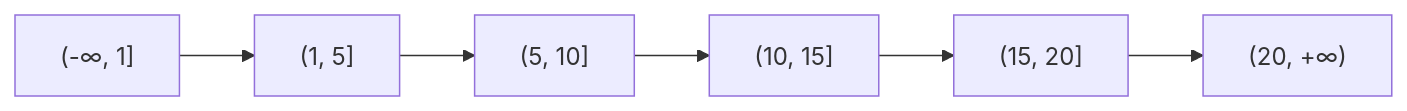
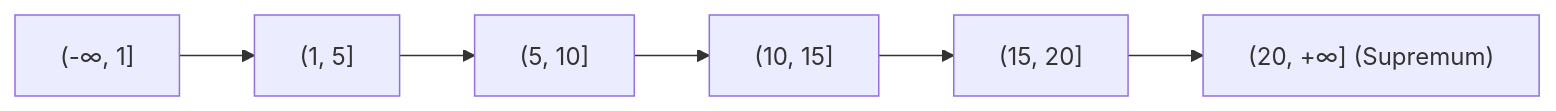
One commit to GuoWWWX/knowledge-base changed the fourth of 5 diagrams in 20-Java后端/05-数据库与存储/03-MySQL锁机制.md. Above: the diagram before and after it, drawn with Mermaid. The commit also changed other lines of this file and 251 other files, not shown here.

````diff
--- a/20-Java后端/05-数据库与存储/03-MySQL锁机制.md
+++ b/20-Java后端/05-数据库与存储/03-MySQL锁机制.md
@@ -104,4 +122,4 @@
 ```mermaid
 flowchart LR
-    P0["(-∞, 1]"] --> P1["(1, 5]"] --> P2["(5, 10]"] --> P3["(10, 15]"] --> P4["(15, 20]"] --> P5["(20, +∞)"]
+    P0["(-∞, 1]"] --> P1["(1, 5]"] --> P2["(5, 10]"] --> P3["(10, 15]"] --> P4["(15, 20]"] --> P5["(20, +∞] (Supremum)"]
 ```
````
